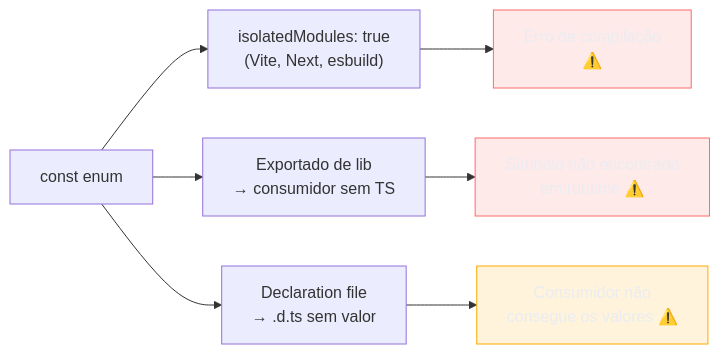
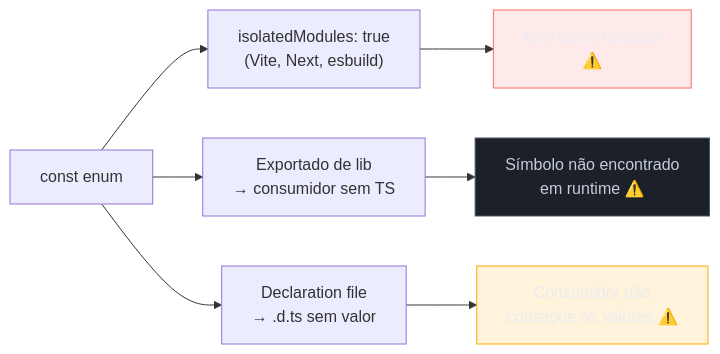
The second of 4 diagrams in 03-Dominios/Tecnologia/TypeScript/19 - Enums, const objects e modelagem de constantes.md (josenaldo/codex-technomanticus), drawn with Mermaid before and after one commit. The commit also changed other lines of this file and 601 other files, not shown here.

````diff
--- a/03-Dominios/Tecnologia/TypeScript/19 - Enums, const objects e modelagem de constantes.md
+++ b/03-Dominios/Tecnologia/TypeScript/19 - Enums, const objects e modelagem de constantes.md
@@ -188,20 +188,21 @@
 ```mermaid
 flowchart LR
+    classDef neutro fill:#1B2029,stroke:#4E5666,color:#C6CCD8
     classDef falha fill:#FF6B6B24,stroke:#FF6B6B,color:#E9ECF2
     classDef destaque fill:#FFAA0024,stroke:#FFAA00,color:#E9ECF2
     CE["const enum"]
     ISO["isolatedModules: true\n(Vite, Next, esbuild)"]
     LIB["Exportado de lib\n→ consumidor sem TS"]
     DTS["Declaration file\n→ .d.ts sem valor"]
     ERRO1["Erro de compilação\n⚠️"]
     ERRO2["Símbolo não encontrado\nem runtime ⚠️"]
     ERRO3["Consumidor não\nconsegue os valores ⚠️"]
 
     CE --> ISO --> ERRO1
     CE --> LIB --> ERRO2
     CE --> DTS --> ERRO3
 
     class ERRO1 falha
-    class ERRO2 falha
+    class ERRO2 neutro
     class ERRO3 destaque
 ```
````
